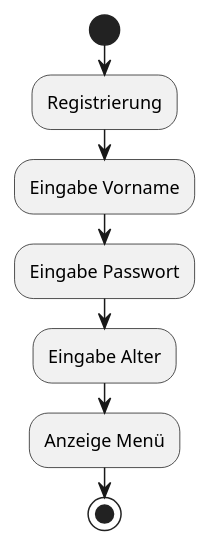
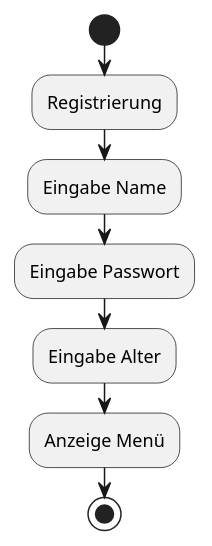
The diagram in Docs/Pflichtenheft/Diagramme/AktivitaetsdiagrammRegistrierung.iuml (HEBK-BGM/Verwaltungssoftware_Team_3_TestGIt), drawn with PlantUML before and after one commit. The commit also changed 2 other files, not shown here.

Commit message:
Diagramme abgeändert

```diff
--- a/Docs/Pflichtenheft/Diagramme/AktivitaetsdiagrammRegistrierung.iuml
+++ b/Docs/Pflichtenheft/Diagramme/AktivitaetsdiagrammRegistrierung.iuml
@@ -1,9 +1,9 @@
 @startuml
 start
 :Registrierung;
-:Eingabe Vorname;
+:Eingabe Name;
 :Eingabe Passwort;
 :Eingabe Alter;
 :Anzeige Menü;
 stop
 @enduml
```
